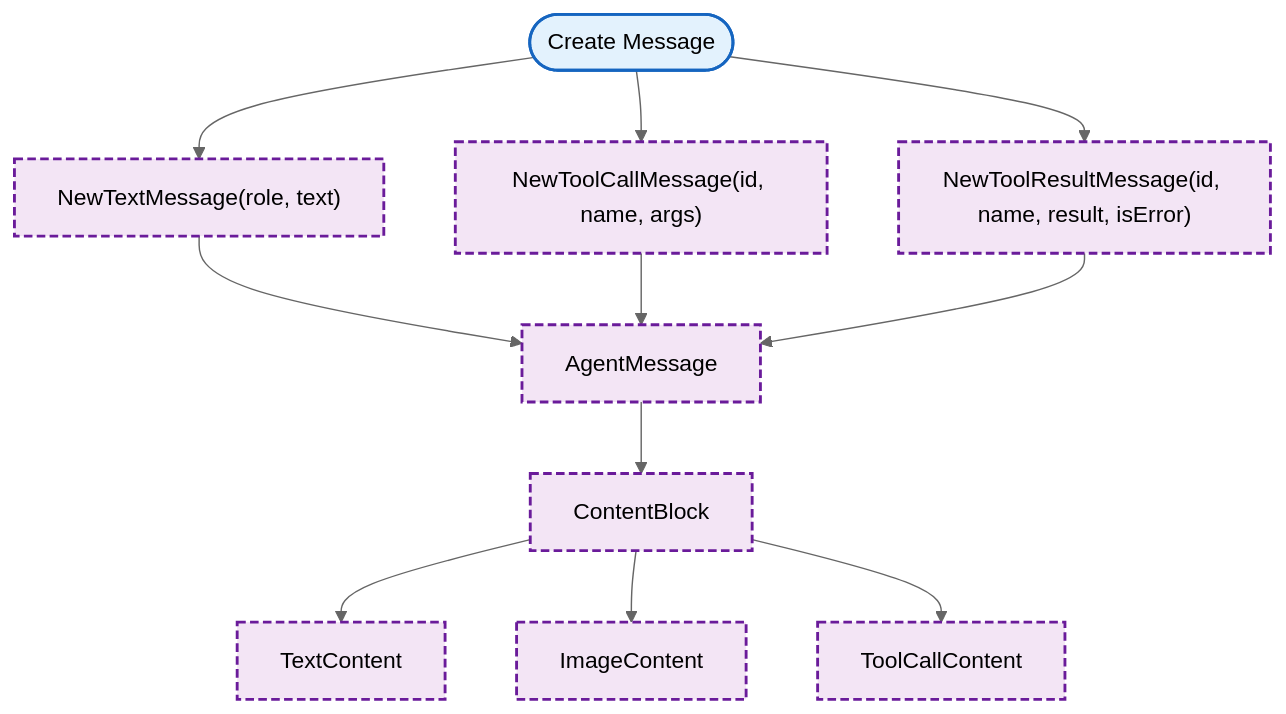
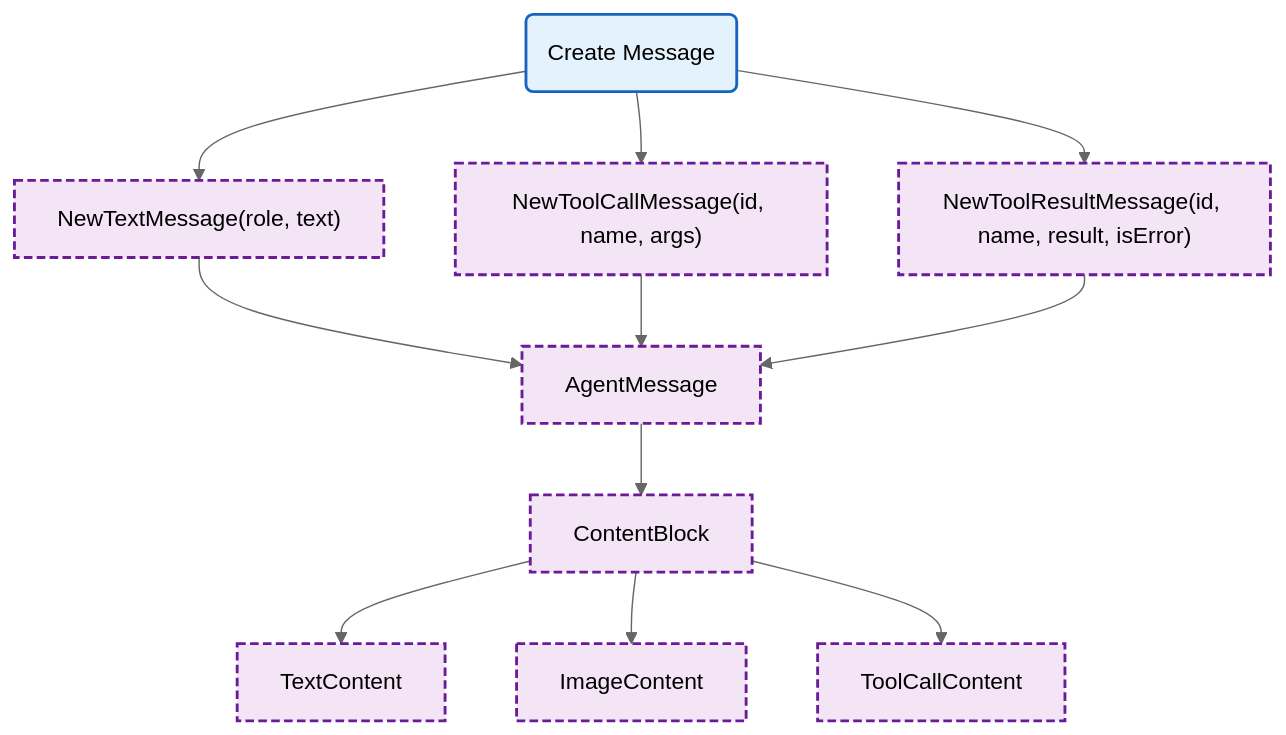
Before and after one commit to radch-ai/ava: the diagram in docs/internal/agent/types.md, drawn with Mermaid (neutral theme). The commit also changed 24 other files, not shown here.

First line of the commit message:
fix(docs): fix mermaid syntax errors in all diagrams

````diff
--- a/docs/internal/agent/types.md
+++ b/docs/internal/agent/types.md
@@ -7,21 +7,21 @@
 ```mermaid
 flowchart TB
-    Start(["Create Message"]) --> NewText["NewTextMessage(role, text)"]
+    Start("Create Message") --> NewText["NewTextMessage(role, text)"]
     Start --> NewToolCall["NewToolCallMessage(id, name, args)"]
     Start --> NewResult["NewToolResultMessage(id, name, result, isError)"]
     
     NewText --> Msg["AgentMessage"]
     NewToolCall --> Msg
     NewResult --> Msg
     
     Msg --> Content["ContentBlock"]
     Content --> Text["TextContent"]
     Content --> Image["ImageContent"]
     Content --> ToolCall["ToolCallContent"]
 
     classDef mainFn fill:#e3f2fd,stroke:#1565c0,stroke-width:2px
     classDef internalFn fill:#f3e5f5,stroke:#6a1b9a,stroke-width:2px,stroke-dasharray:6 3
 
     class Start mainFn
     class NewText,NewToolCall,NewResult,Msg,Content,Text,Image,ToolCall internalFn
 ```
````
